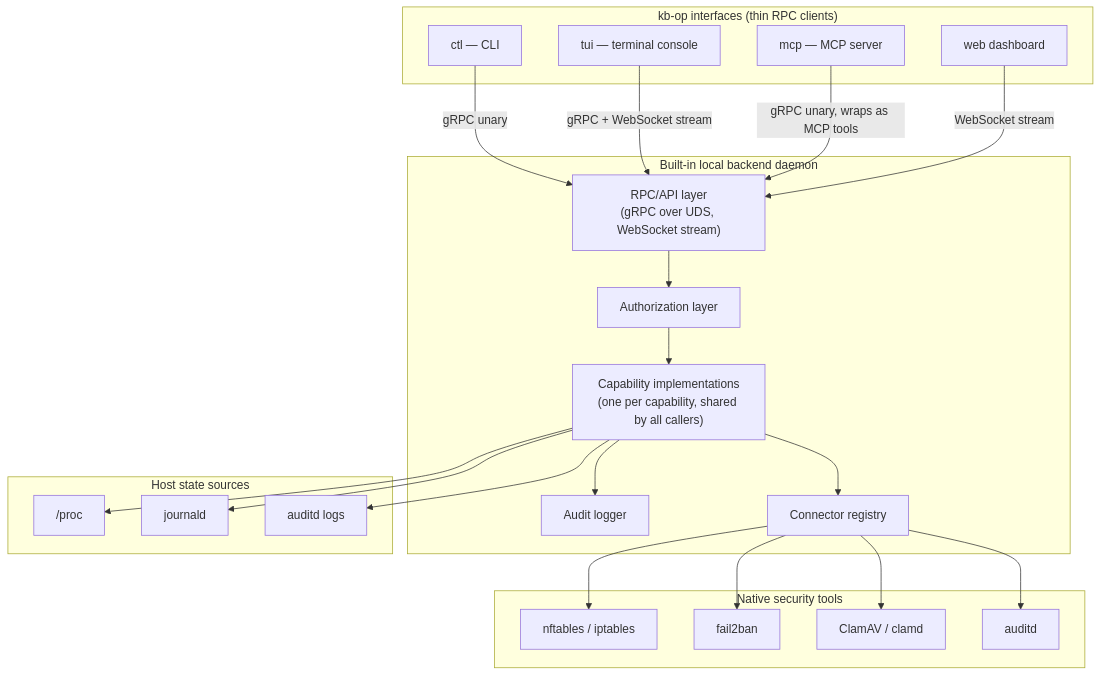
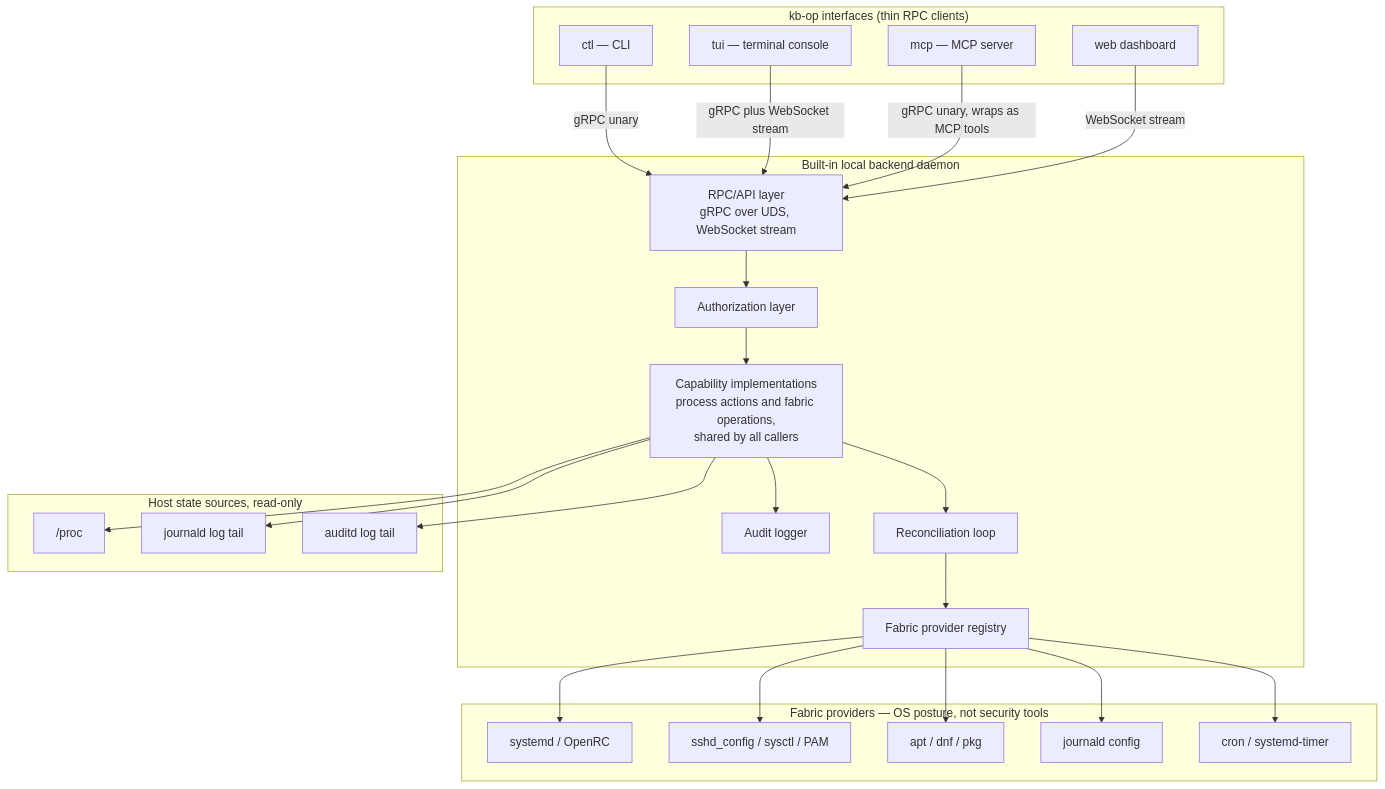
Before and after one commit to pardhuvarmax/kernel-borderlands: the first of 9 diagrams in docs/emergency-backup/kb-op.md, drawn with Mermaid. The commit also changed other lines of this file, not shown here.

````diff
--- a/docs/emergency-backup/kb-op.md
+++ b/docs/emergency-backup/kb-op.md
@@ -132,48 +155,52 @@
 ```mermaid
 flowchart TB
     subgraph Interfaces["kb-op interfaces (thin RPC clients)"]
         CTL["ctl — CLI"]
         TUI["tui — terminal console"]
         MCP["mcp — MCP server"]
         DASH["web dashboard"]
     end
 
     subgraph Backend["Built-in local backend daemon"]
-        API["RPC/API layer\n(gRPC over UDS, WebSocket stream)"]
+        API["RPC/API layer<br/>gRPC over UDS, WebSocket stream"]
         AUTHZ["Authorization layer"]
         AUDIT["Audit logger"]
-        CORE["Capability implementations\n(one per capability, shared by all callers)"]
-        CONN["Connector registry"]
+        CORE["Capability implementations<br/>process actions and fabric operations,<br/>shared by all callers"]
+        RECON["Reconciliation loop"]
+        PREG["Fabric provider registry"]
     end
 
-    subgraph HostState["Host state sources"]
+    subgraph HostState["Host state sources, read-only"]
         PROC["/proc"]
-        JOURNAL["journald"]
-        AUDITD_LOG["auditd logs"]
+        JOURNAL["journald log tail"]
+        AUDITD_LOG["auditd log tail"]
     end
 
-    subgraph Tools["Native security tools"]
-        NFT["nftables / iptables"]
-        F2B["fail2ban"]
-        CLAM["ClamAV / clamd"]
-        AUDITD["auditd"]
+    subgraph Providers["Fabric providers — OS posture, not security tools"]
+        SVC["systemd / OpenRC"]
+        HARD["sshd_config / sysctl / PAM"]
+        PATCH["apt / dnf / pkg"]
+        LOGP["journald config"]
+        CRONP["cron / systemd-timer"]
     end
 
     CTL -->|gRPC unary| API
-    TUI -->|gRPC + WebSocket stream| API
+    TUI -->|gRPC plus WebSocket stream| API
     MCP -->|gRPC unary, wraps as MCP tools| API
     DASH -->|WebSocket stream| API
 
     API --> AUTHZ --> CORE
     CORE --> AUDIT
-    CORE --> CONN
+    CORE --> RECON
+    RECON --> PREG
 
-    CONN --> NFT
-    CONN --> F2B
-    CONN --> CLAM
-    CONN --> AUDITD
+    PREG --> SVC
+    PREG --> HARD
+    PREG --> PATCH
+    PREG --> LOGP
+    PREG --> CRONP
 
     CORE --> PROC
     CORE --> JOURNAL
     CORE --> AUDITD_LOG
 ```
````
